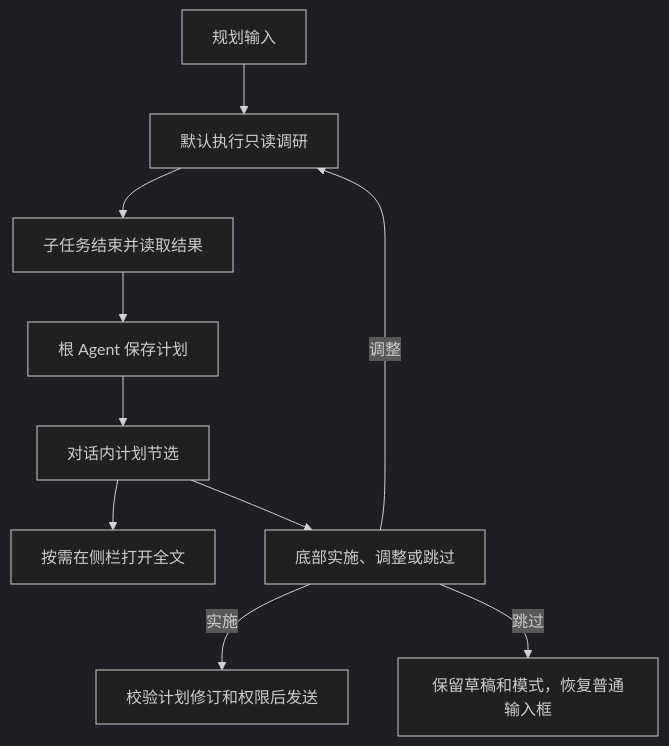
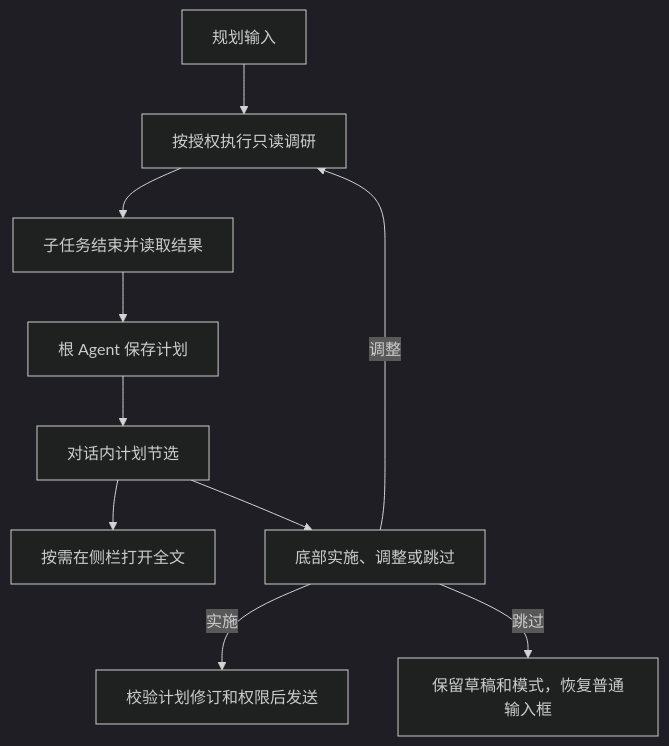
Before and after one commit to xidongdong-153/Pi-meme: the third of 5 diagrams in docs/sessions.md, drawn with Mermaid. The commit also changed other lines of this file and 169 other files, not shown here.

````diff
--- a/docs/sessions.md
+++ b/docs/sessions.md
@@ -223,13 +223,13 @@
 ```mermaid
 %%{init: {"theme": "dark"}}%%
 flowchart TD
-  Input["规划输入"] --> Research["默认执行只读调研"]
+  Input["规划输入"] --> Research["按授权执行只读调研"]
   Research --> Wait["子任务结束并读取结果"]
   Wait --> Save["根 Agent 保存计划"]
   Save --> Card["对话内计划节选"]
   Card --> Full["按需在侧栏打开全文"]
   Card --> Decision["底部实施、调整或跳过"]
   Decision -->|实施| Run["校验计划修订和权限后发送"]
   Decision -->|调整| Research
   Decision -->|跳过| Draft["保留草稿和模式，恢复普通输入框"]
 ```
````
